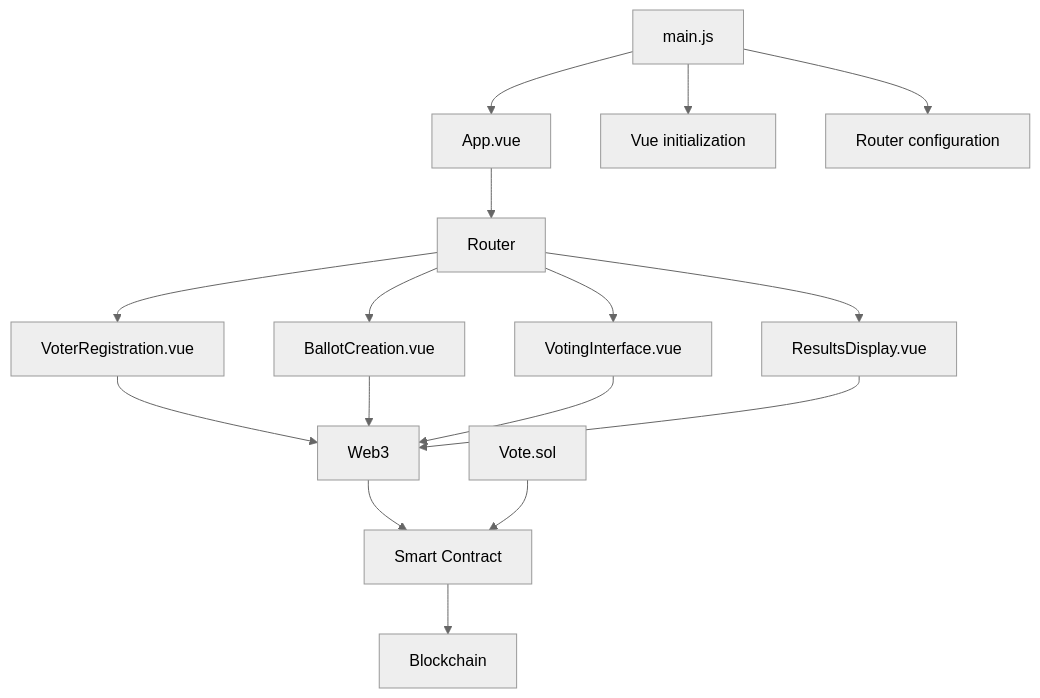
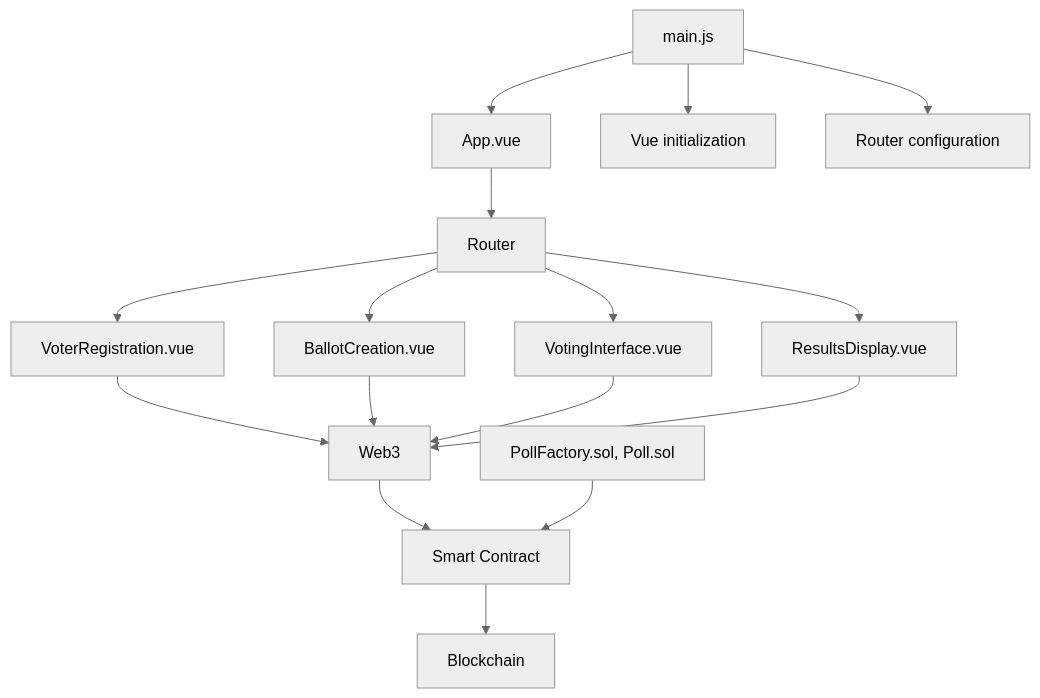
Before and after one commit to gongahkia/netero: the first of 2 diagrams in README.md, drawn with Mermaid (neutral theme). The commit also changed other lines of this file and 14 other files, not shown here.

````diff
--- a/README.md
+++ b/README.md
@@ -60,22 +63,22 @@
 ```mermaid
 graph TD
     A[App.vue] --> B[Router]
     B --> C[VoterRegistration.vue]
     B --> D[BallotCreation.vue]
     B --> E[VotingInterface.vue]
     B --> F[ResultsDisplay.vue]
     
     C --> G[Web3]
     D --> G
     E --> G
     F --> G
     
     G --> H[Smart Contract]
     H --> I[Blockchain]
     
     J[main.js] --> A
     J --> K[Vue initialization]
     J --> L[Router configuration]
     
-    M[Vote.sol] --> H
+    M[PollFactory.sol, Poll.sol] --> H
 ```
````
